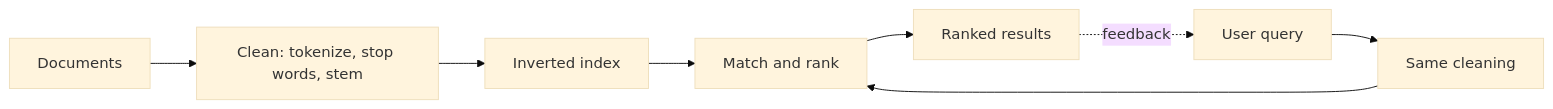
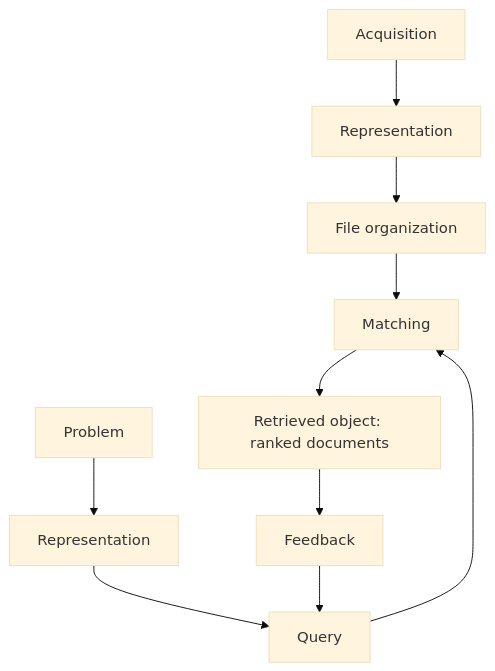
The diagram in content/natural-language-processing/pyq/2024-05-ce/q6b.hi.mdx (TrendySloth1001/sem-seven-notes), drawn with Mermaid (base theme) before and after one commit. The commit also changed other lines of this file and 406 other files, not shown here.

````diff
--- a/content/natural-language-processing/pyq/2024-05-ce/q6b.hi.mdx
+++ b/content/natural-language-processing/pyq/2024-05-ce/q6b.hi.mdx
@@ -17,9 +17,9 @@
 ```mermaid
-%% caption: Offline mein documents clean hoke index hote hain. Online mein query wahi cleaning se guzarti hai, index se match hoti hai aur results rank hote hain.
-flowchart LR
-  D["Documents"] --> P["Clean: tokenize, stop words, stem"] --> I["Inverted index"]
-  Q["User query"] --> P2["Same cleaning"] --> M["Match and rank"]
-  I --> M
-  M --> R["Ranked results"]
-  R -.->|"feedback"| Q
+%% caption: IR process: dono sides matching pe milti hain, aur feedback agli search behtar karta hai.
+flowchart TD
+  A["Acquisition"] --> B["Representation"] --> C["File organization"] --> M["Matching"]
+  P["Problem"] --> Q["Representation"] --> R["Query"] --> M
+  M --> O["Retrieved object: ranked documents"]
+  O --> F["Feedback"]
+  F --> R
 ```
````
